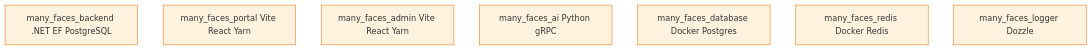
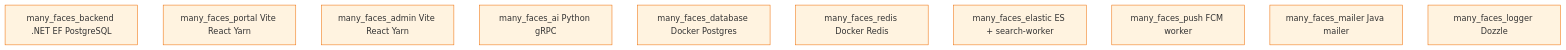
Before and after one commit to 01laky/mfai_demo: the first of 6 diagrams in docs/guides/development.md, drawn with Mermaid. The commit also changed other lines of this file and 18 other files, not shown here.

First line of the commit message:
docs+ci: dev stack contracts, guides, Mermaid, and verify script

````diff
--- a/docs/guides/development.md
+++ b/docs/guides/development.md
@@ -26,13 +29,16 @@
 ```mermaid
 flowchart TB
   BE[many_faces_backend .NET EF PostgreSQL]
   FE[many_faces_portal Vite React Yarn]
   AD[many_faces_admin Vite React Yarn]
   AI[many_faces_ai Python gRPC]
   DB[many_faces_database Docker Postgres]
   RD[many_faces_redis Docker Redis]
+  ES[many_faces_elastic ES + search-worker]
+  PU[many_faces_push FCM worker]
+  MA[many_faces_mailer Java mailer]
   LG[many_faces_logger Dozzle]
 
   classDef apiFill fill:#fff3e0,stroke:#ef6c00
-  class BE,FE,AD,AI,DB,RD,LG apiFill
+  class BE,FE,AD,AI,DB,RD,ES,PU,MA,LG apiFill
 ```
````
